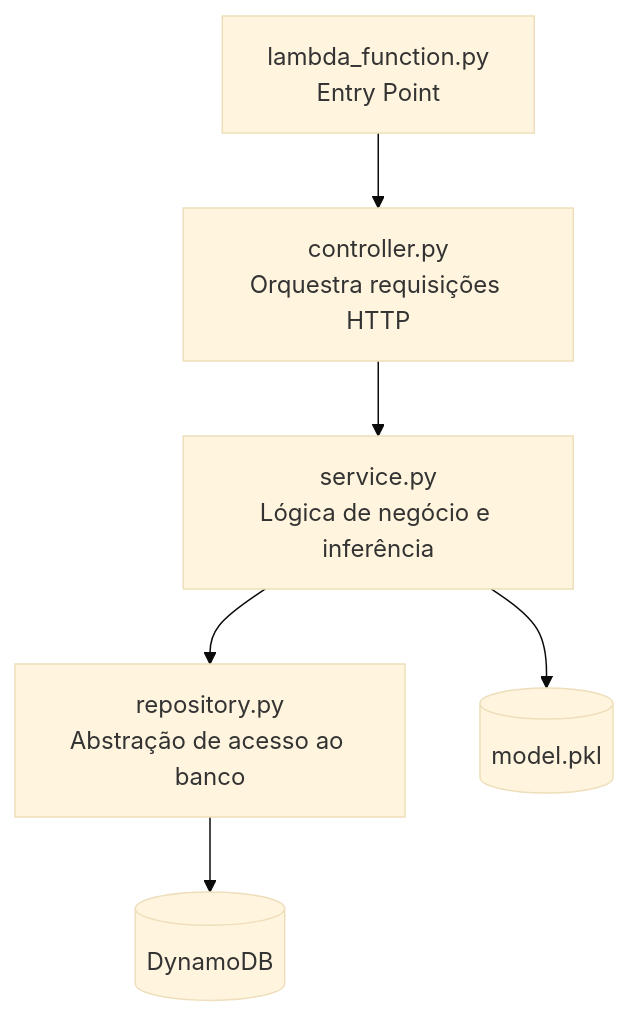
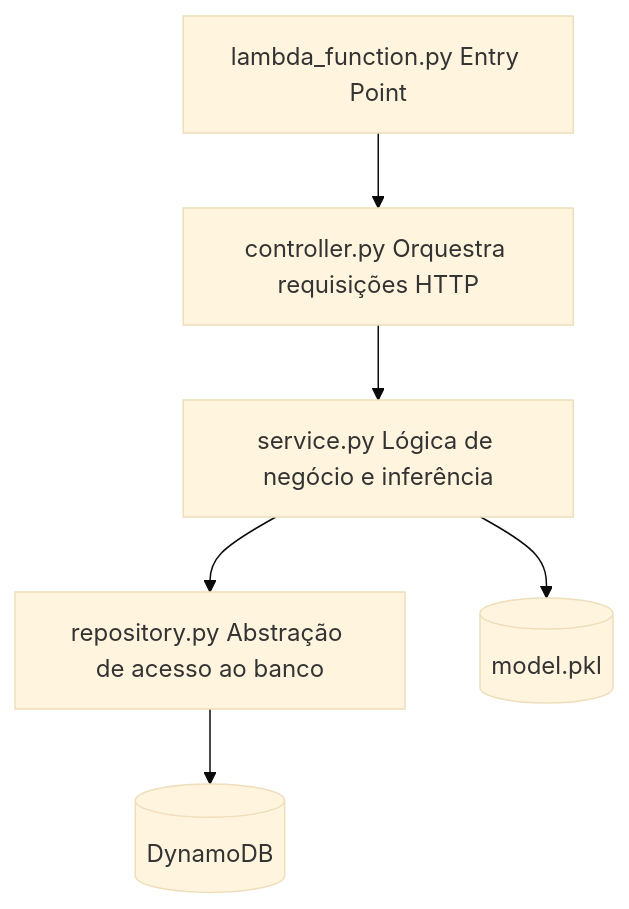
The second of 3 diagrams in README.md (sophie-pyxis/mlops_engineer_test_01), drawn with Mermaid (base theme) before and after one commit.

Commit message:
fix: Implementará correção de semantica do README

````diff
--- a/README.md
+++ b/README.md
@@ -70,8 +70,8 @@
 ```mermaid
 flowchart TD
-    A[lambda_function.py\nEntry Point] --> B[controller.py\nOrquestra requisições HTTP]
-    B --> C[service.py\nLógica de negócio e inferência]
-    C --> D[repository.py\nAbstração de acesso ao banco]
+    A[lambda_function.py Entry Point] --> B[controller.py Orquestra requisições HTTP]
+    B --> C[service.py Lógica de negócio e inferência]
+    C --> D[repository.py Abstração de acesso ao banco]
     D --> E[(DynamoDB)]
     C --> F[(model.pkl)]
 ```
````
